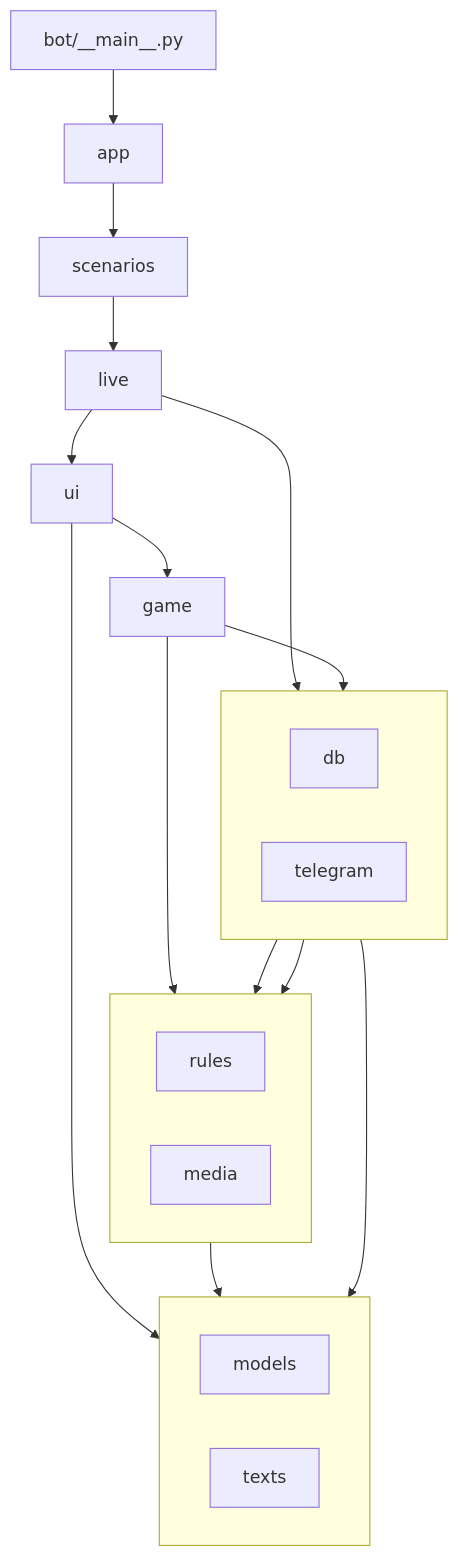
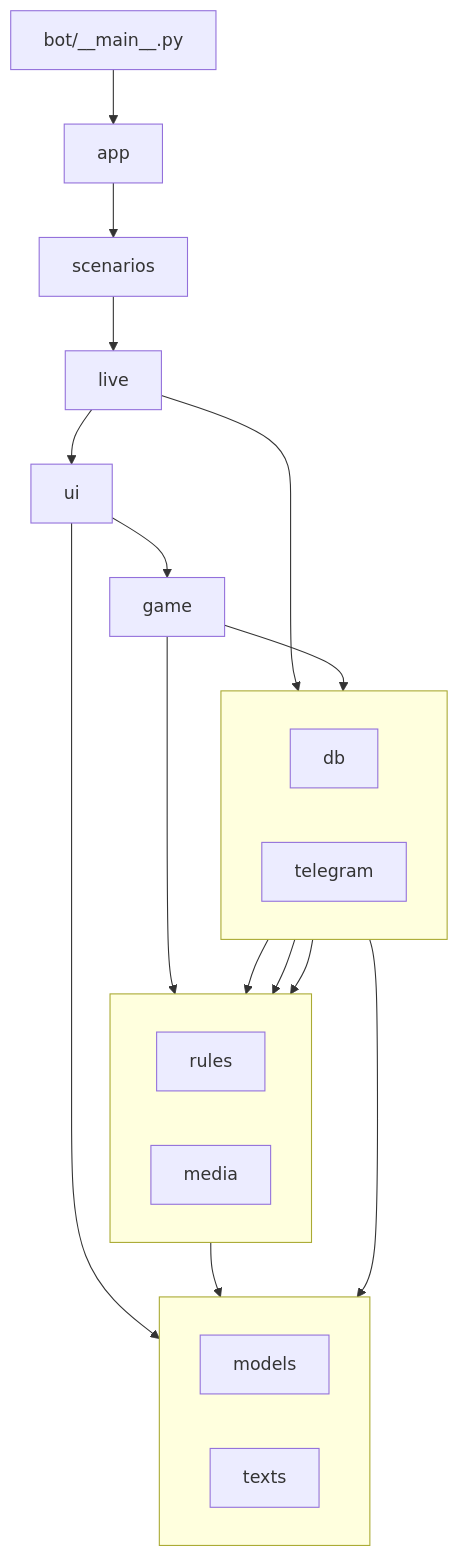
Before and after one commit to StonerHand/kartinkomet-bot: the diagram in docs/ARCHITECTURE.md, drawn with Mermaid. The commit also changed other lines of this file and 44 other files, not shown here.

````diff
--- a/docs/ARCHITECTURE.md
+++ b/docs/ARCHITECTURE.md
@@ -13,37 +13,38 @@
 ```mermaid
 flowchart TB
     main["bot/__main__.py"]
     app["app"]
     scenarios["scenarios"]
     live["live"]
     ui["ui"]
     game["game"]
     subgraph row6[" "]
         direction LR
         db["db"]
         telegram["telegram"]
     end
     subgraph row7[" "]
         direction LR
         rules["rules"]
         media["media"]
     end
     subgraph row8[" "]
         direction LR
         models["models"]
         texts["texts"]
     end
     main --> app
     app --> scenarios
     scenarios --> live
     live --> ui
     live --> telegram
     ui --> game
     ui --> texts
     game --> db
     game --> rules
+    db --> media
     db --> models
     telegram --> rules
     telegram --> media
     rules --> models
 ```
````
